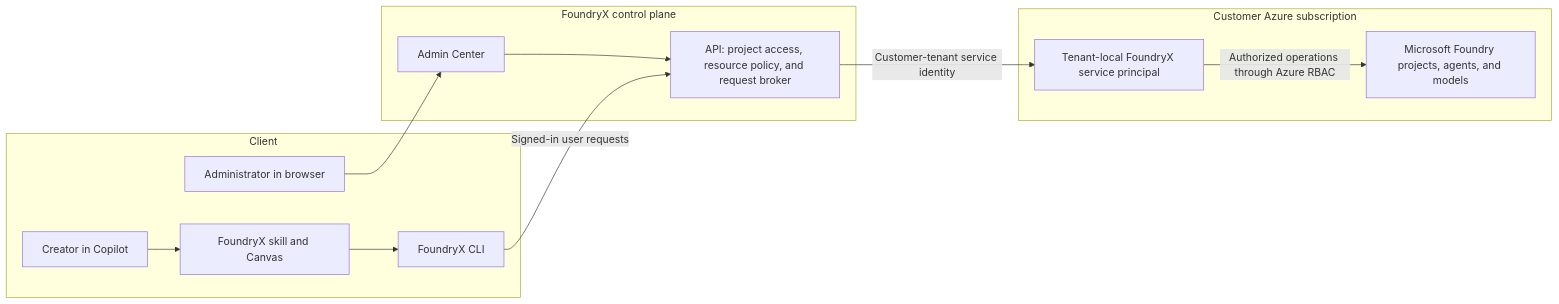
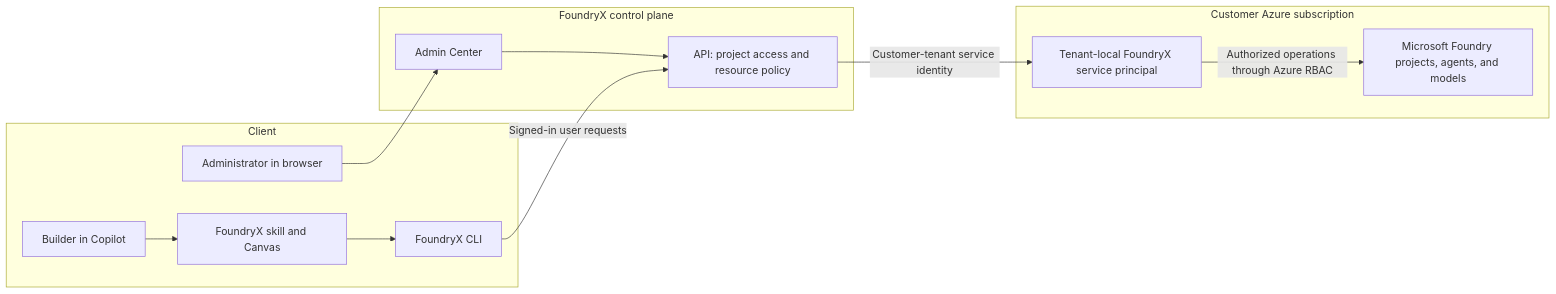
One commit to microsoft/FoundryX changed the diagram in doc/overview.md. Above: the diagram before and after it, drawn with Mermaid. The commit also changed other lines of this file and 7 other files, not shown here.

````diff
--- a/doc/overview.md
+++ b/doc/overview.md
@@ -41,23 +26,23 @@
 ```mermaid
 flowchart LR
     subgraph Client["Client"]
-        Creator["Creator in Copilot"]
+        Creator["Builder in Copilot"]
         Plugin["FoundryX skill and Canvas"]
         CLI["FoundryX CLI"]
         Admin["Administrator in browser"]
         Creator --> Plugin --> CLI
     end
     subgraph Control["FoundryX control plane"]
         Portal["Admin Center"]
-        API["API: project access, resource policy, and request broker"]
+        API["API: project access and resource policy"]
         Portal --> API
     end
     subgraph Customer["Customer Azure subscription"]
         SP["Tenant-local FoundryX service principal"]
         Foundry["Microsoft Foundry projects, agents, and models"]
         SP -->|Authorized operations through Azure RBAC| Foundry
     end
     Admin --> Portal
     CLI -->|Signed-in user requests| API
     API -->|Customer-tenant service identity| SP
 ```
````
